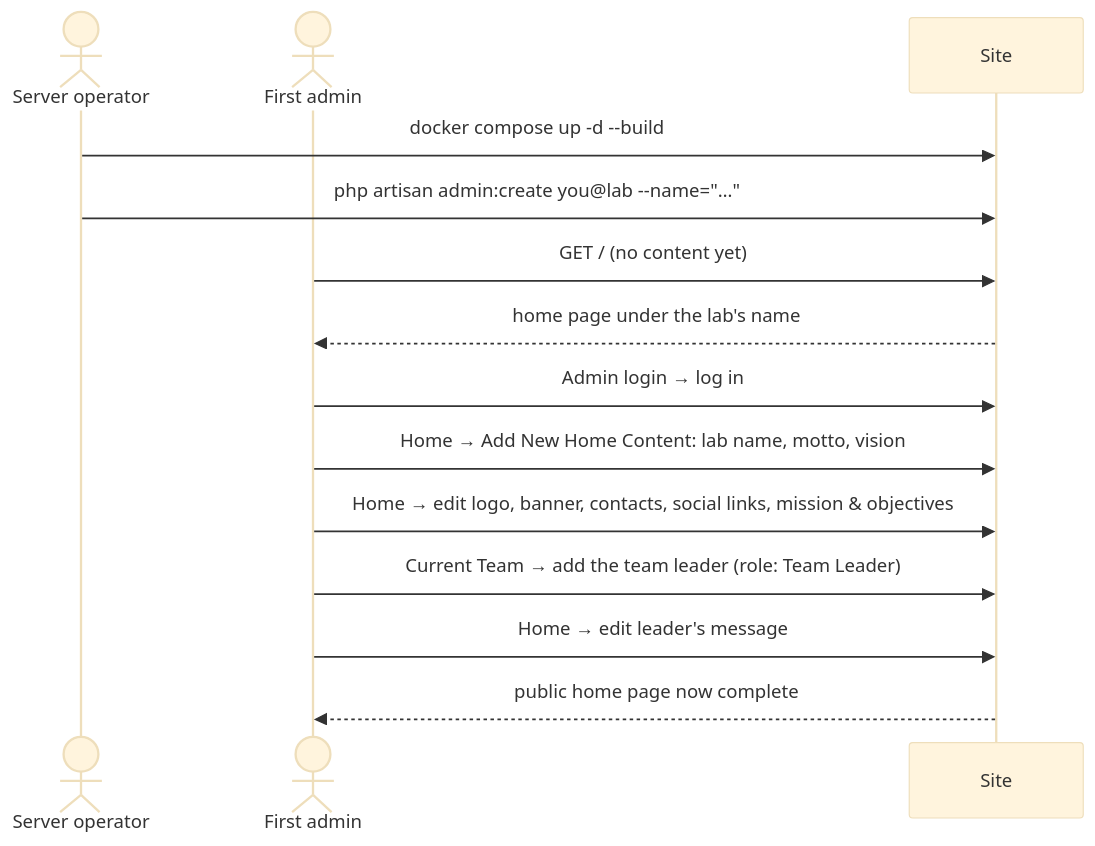
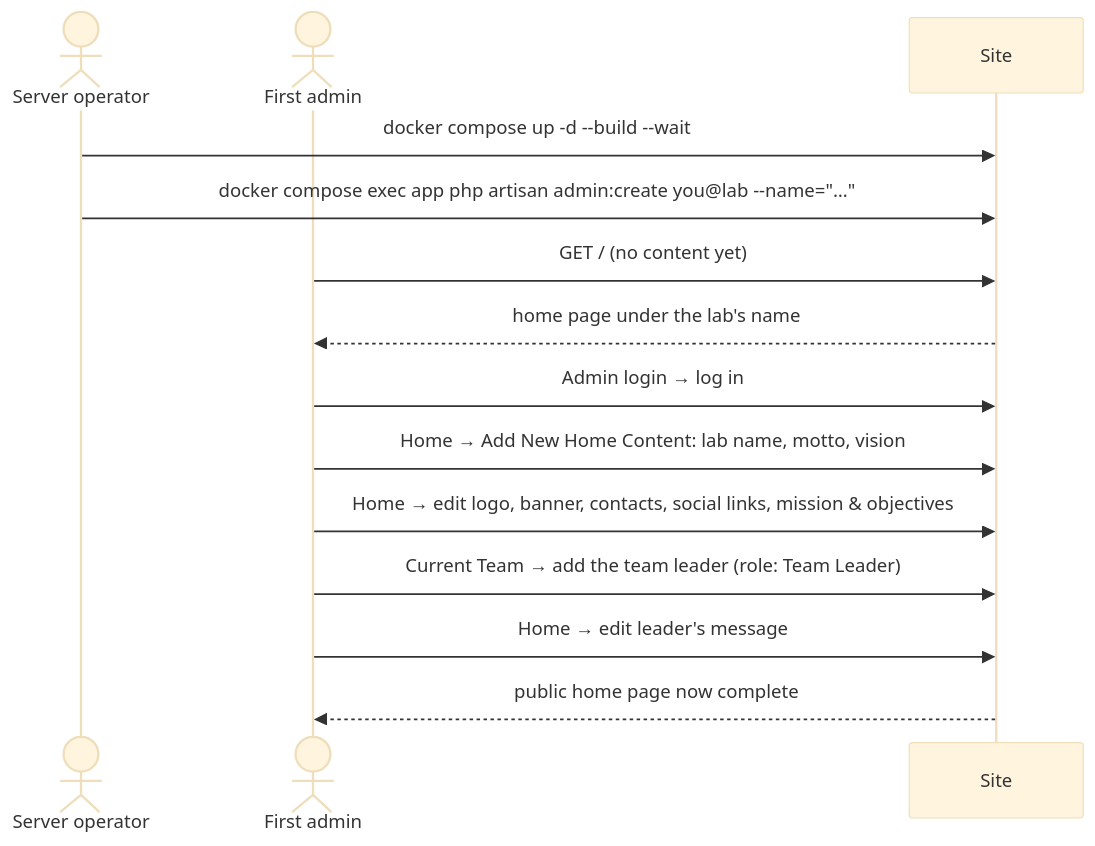
Before and after one commit to ademnea/iot_website: the second of 2 diagrams in docs/workflows.md, drawn with Mermaid (base theme). The commit also changed other lines of this file and 11 other files, not shown here.

````diff
--- a/docs/workflows.md
+++ b/docs/workflows.md
@@ -55,16 +59,16 @@
 ```mermaid
 sequenceDiagram
     actor Op as Server operator
     actor Ad as First admin
     participant S as Site
-    Op->>S: docker compose up -d --build
-    Op->>S: php artisan admin:create you@lab --name="…"
+    Op->>S: docker compose up -d --build --wait
+    Op->>S: docker compose exec app php artisan admin:create you@lab --name="…"
     Ad->>S: GET /  (no content yet)
     S-->>Ad: home page under the lab's name
     Ad->>S: Admin login → log in
     Ad->>S: Home → Add New Home Content: lab name, motto, vision
     Ad->>S: Home → edit logo, banner, contacts, social links, mission & objectives
     Ad->>S: Current Team → add the team leader (role: Team Leader)
     Ad->>S: Home → edit leader's message
     S-->>Ad: public home page now complete
 ```
````
